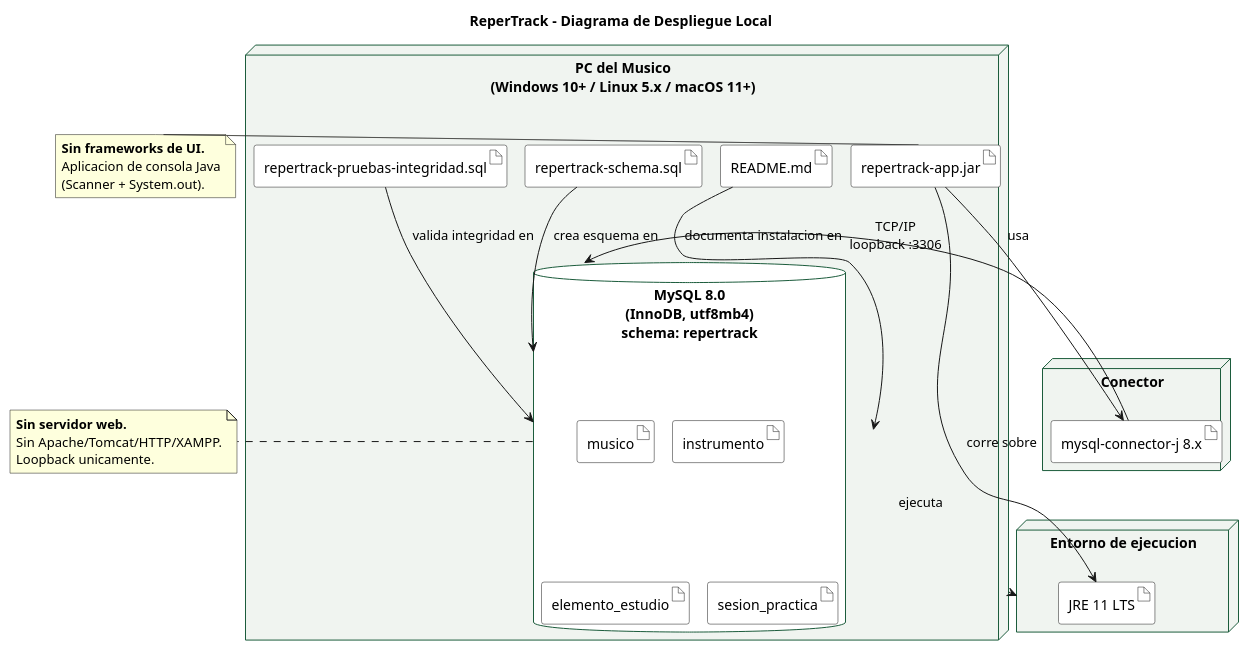
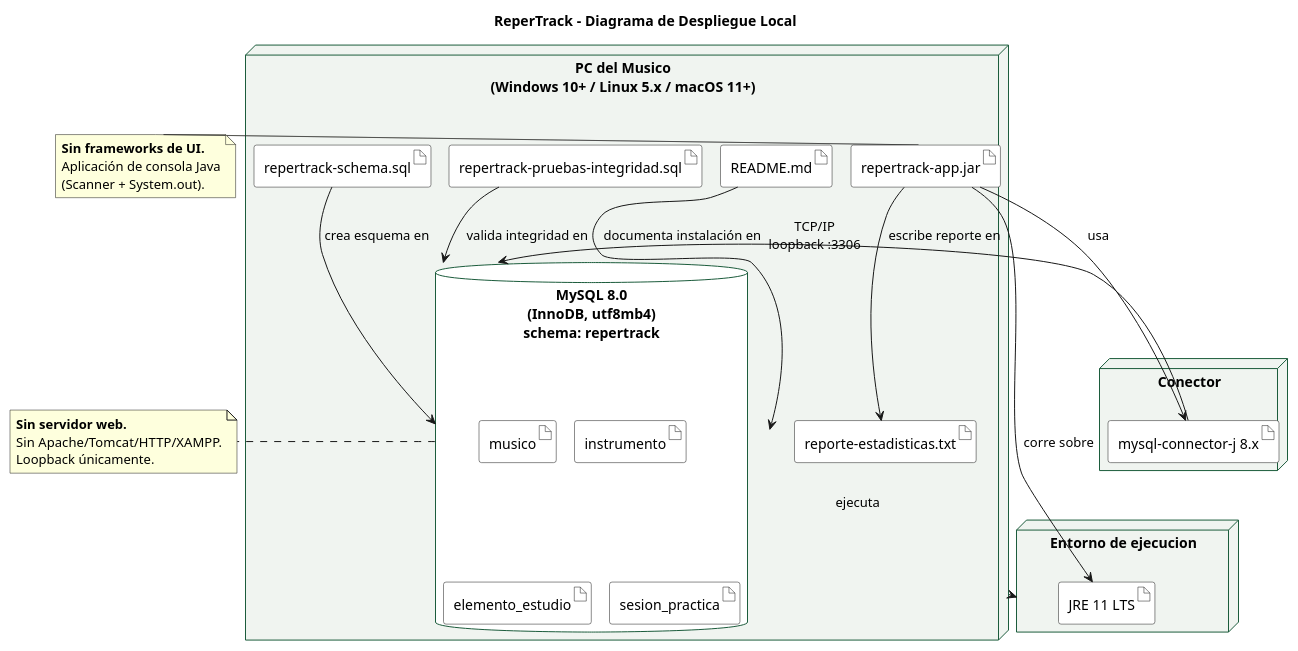
The diagram in docs/diagramas/despliegue.puml (duendecillo2/reper-track), drawn with PlantUML before and after one commit. The commit also changed 7 other files, not shown here.

First line of the commit message:
docs: diagrama de clases sincronizado con el codigo y diagramas acentuados

```diff
--- a/docs/diagramas/despliegue.puml
+++ b/docs/diagramas/despliegue.puml
@@ -1,56 +1,58 @@
 @startuml
 !pragma layout smetana
 title ReperTrack - Diagrama de Despliegue Local
 
 skinparam componentStyle rectangle
 skinparam componentBackgroundColor #FAFAFA
 skinparam componentBorderColor #1c5c3c
 skinparam nodeBackgroundColor #F0F4F0
 skinparam nodeBorderColor #1c5c3c
 skinparam artifactBackgroundColor #FFFFFF
 skinparam databaseBackgroundColor #FFFFFF
 skinparam databaseBorderColor #1c5c3c
 
 node "PC del Musico\n(Windows 10+ / Linux 5.x / macOS 11+)" as PC {
   artifact "repertrack-app.jar" as JAR
   artifact "repertrack-schema.sql" as DDL
   artifact "repertrack-pruebas-integridad.sql" as TEST
+  artifact "reporte-estadisticas.txt" as TXT
   artifact "README.md" as DOC
 
   database "MySQL 8.0\n(InnoDB, utf8mb4)\nschema: repertrack" as DB {
     artifact "musico" as T1
     artifact "instrumento" as T2
     artifact "elemento_estudio" as T3
     artifact "sesion_practica" as T4
   }
 }
 
 node "Entorno de ejecucion" as JRE {
   artifact "JRE 11 LTS" as JVM
 }
 
 node "Conector" as CON {
   artifact "mysql-connector-j 8.x" as JDBC
 }
 
 PC --> JRE : ejecuta
 JAR --> JVM : corre sobre
 JAR --> JDBC : usa
 JDBC --> DB : TCP/IP\nloopback :3306
 DDL --> DB : crea esquema en
 TEST --> DB : valida integridad en
-DOC --> PC : documenta instalacion en
+JAR --> TXT : escribe reporte en
+DOC --> PC : documenta instalación en
 
 note right of DB
   **Sin servidor web.**
   Sin Apache/Tomcat/HTTP/XAMPP.
-  Loopback unicamente.
+  Loopback únicamente.
 end note
 
 note left of JAR
   **Sin frameworks de UI.**
-  Aplicacion de consola Java
+  Aplicación de consola Java
   (Scanner + System.out).
 end note
 
 @enduml
```
